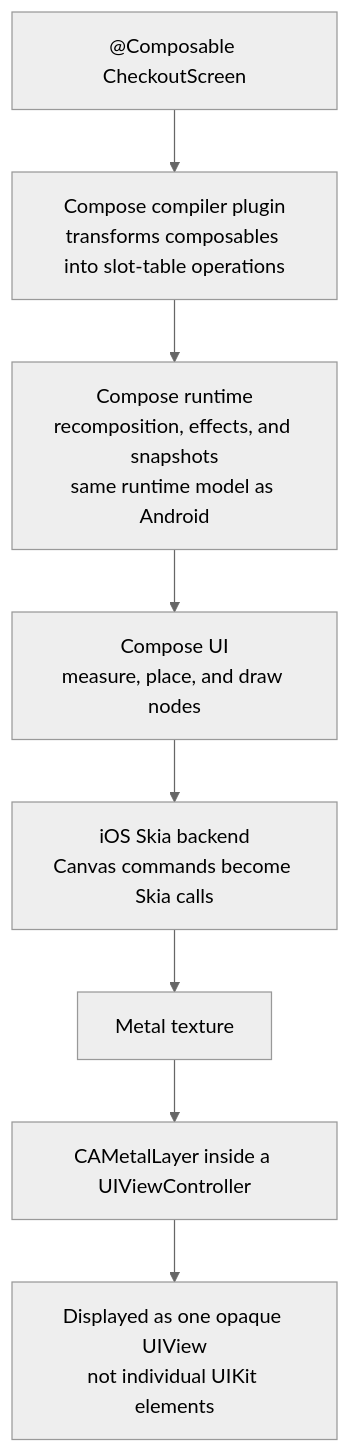
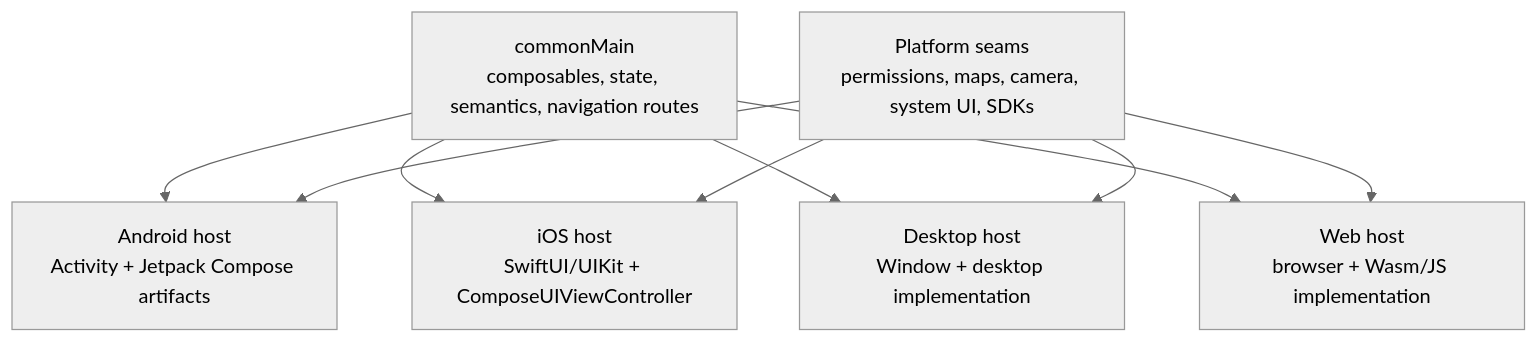
One commit to swarnsingh/android-staff-engineer-playbook-website changed the first of 2 diagrams in android/kotlin-multiplatform/ui-sharing/compose-multiplatform.md. Above: the diagram before and after it, drawn with Mermaid (neutral theme). The commit also changed other lines of this file and 1 other file, not shown here.

Commit message:
Modernize Compose Multiplatform guidance (#30)

````diff
--- a/android/kotlin-multiplatform/ui-sharing/compose-multiplatform.md
+++ b/android/kotlin-multiplatform/ui-sharing/compose-multiplatform.md
@@ -20,10 +21,18 @@
 ```mermaid
 flowchart TD
-    source["@Composable CheckoutScreen"] --> compiler["Compose compiler plugin<br/>transforms composables into slot-table operations"]
-    compiler --> runtime["Compose runtime<br/>recomposition, effects, and snapshots<br/>same runtime model as Android"]
-    runtime --> ui["Compose UI<br/>measure, place, and draw nodes"]
-    ui --> skia["iOS Skia backend<br/>Canvas commands become Skia calls"]
-    skia --> metal["Metal texture"]
-    metal --> layer["CAMetalLayer inside a UIViewController"]
-    layer --> screen["Displayed as one opaque UIView<br/>not individual UIKit elements"]
+    common["commonMain<br/>composables, state, semantics, navigation routes"]
+    android["Android host<br/>Activity + Jetpack Compose artifacts"]
+    ios["iOS host<br/>SwiftUI/UIKit + ComposeUIViewController"]
+    desktop["Desktop host<br/>Window + desktop implementation"]
+    web["Web host<br/>browser + Wasm/JS implementation"]
+    native["Platform seams<br/>permissions, maps, camera, system UI, SDKs"]
+
+    common --> android
+    common --> ios
+    common --> desktop
+    common --> web
+    native --> android
+    native --> ios
+    native --> desktop
+    native --> web
 ```
````
